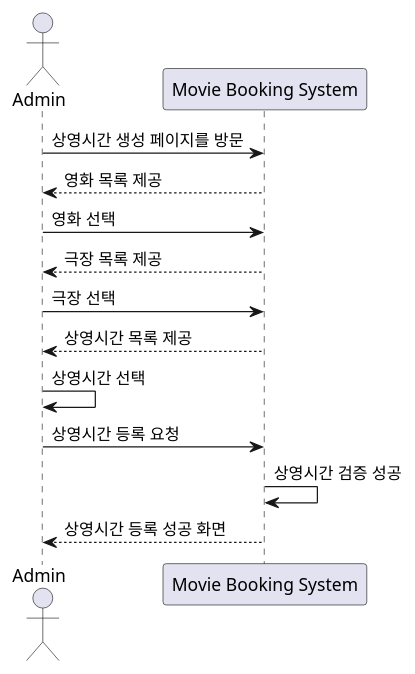
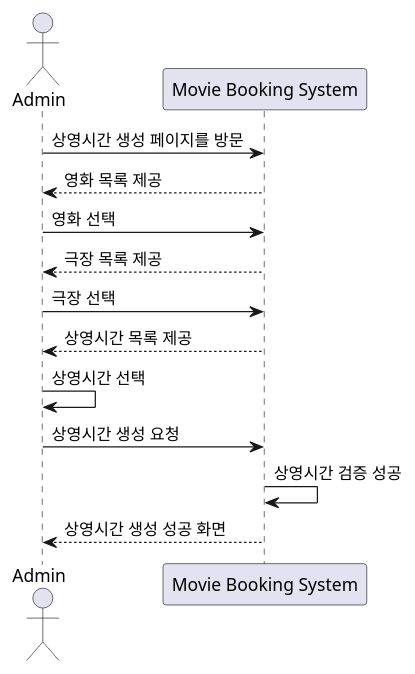
The second of 14 diagrams in _posts/2025-05-01-movie-booking-system-2.md (mannercode/mannercode.github.io), drawn with PlantUML before and after one commit. The commit also changed other lines of this file and 37 other files, not shown here.

```diff
--- a/_posts/2025-05-01-movie-booking-system-2.md
+++ b/_posts/2025-05-01-movie-booking-system-2.md
@@ -97,23 +97,23 @@
 {% plantuml %}
 @startuml
 actor Admin
 participant "Movie Booking System" as mbs
 
 Admin -> mbs:  상영시간 생성 페이지를 방문
 Admin <-- mbs:  영화 목록 제공
 
 Admin -> mbs:  영화 선택
 Admin <-- mbs: 극장 목록 제공
 
 Admin -> mbs:  극장 선택
 Admin <-- mbs: 상영시간 목록 제공
 
 Admin -> Admin:  상영시간 선택
-Admin -> mbs:  상영시간 등록 요청
+Admin -> mbs:  상영시간 생성 요청
 
 mbs -> mbs:  상영시간 검증 성공
 
-Admin <-- mbs: 상영시간 등록 성공 화면
+Admin <-- mbs: 상영시간 생성 성공 화면
 
 @enduml
 {% endplantuml %}
```
